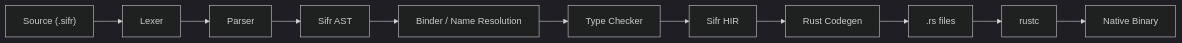
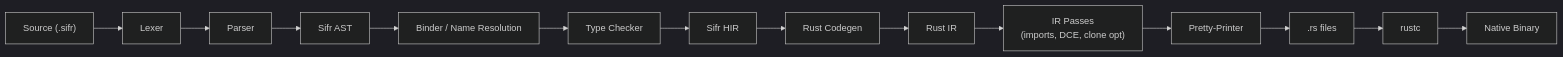
The first of 2 diagrams in .cursor/plans/main/architecture.md (sifr-lang/sifr), drawn with Mermaid (dark theme) before and after one commit. The commit also changed other lines of this file and 9 other files, not shown here.

Commit message:
Improve codegen architecture

````diff
--- a/.cursor/plans/main/architecture.md
+++ b/.cursor/plans/main/architecture.md
@@ -136,13 +136,16 @@
 ```mermaid
 flowchart LR
     Source["Source (.sifr)"] --> Lexer
     Lexer --> Parser
     Parser --> AST["Sifr AST"]
     AST --> Binder["Binder / Name Resolution"]
     Binder --> Checker["Type Checker"]
     Checker --> HIR["Sifr HIR"]
     HIR --> RustCodegen["Rust Codegen"]
-    RustCodegen --> RustSource[".rs files"]
+    RustCodegen --> RustIR["Rust IR"]
+    RustIR --> Passes["IR Passes\n(imports, DCE, clone opt)"]
+    Passes --> Renderer["Pretty-Printer"]
+    Renderer --> RustSource[".rs files"]
     RustSource --> Rustc["rustc"]
     Rustc --> Binary["Native Binary"]
 ```
````
